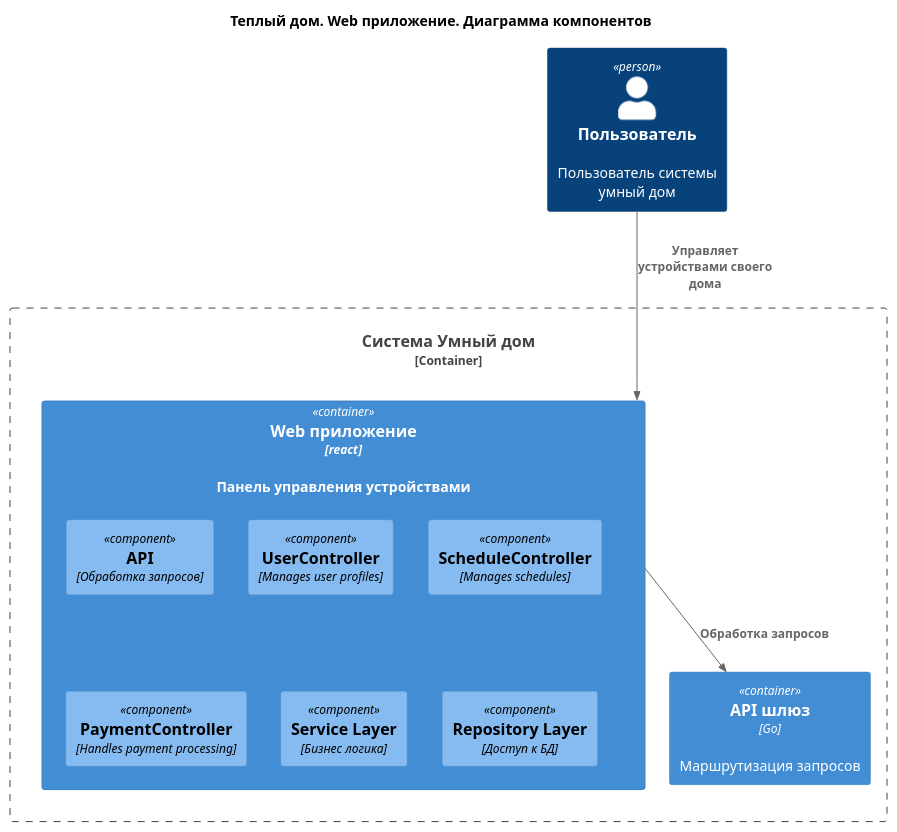
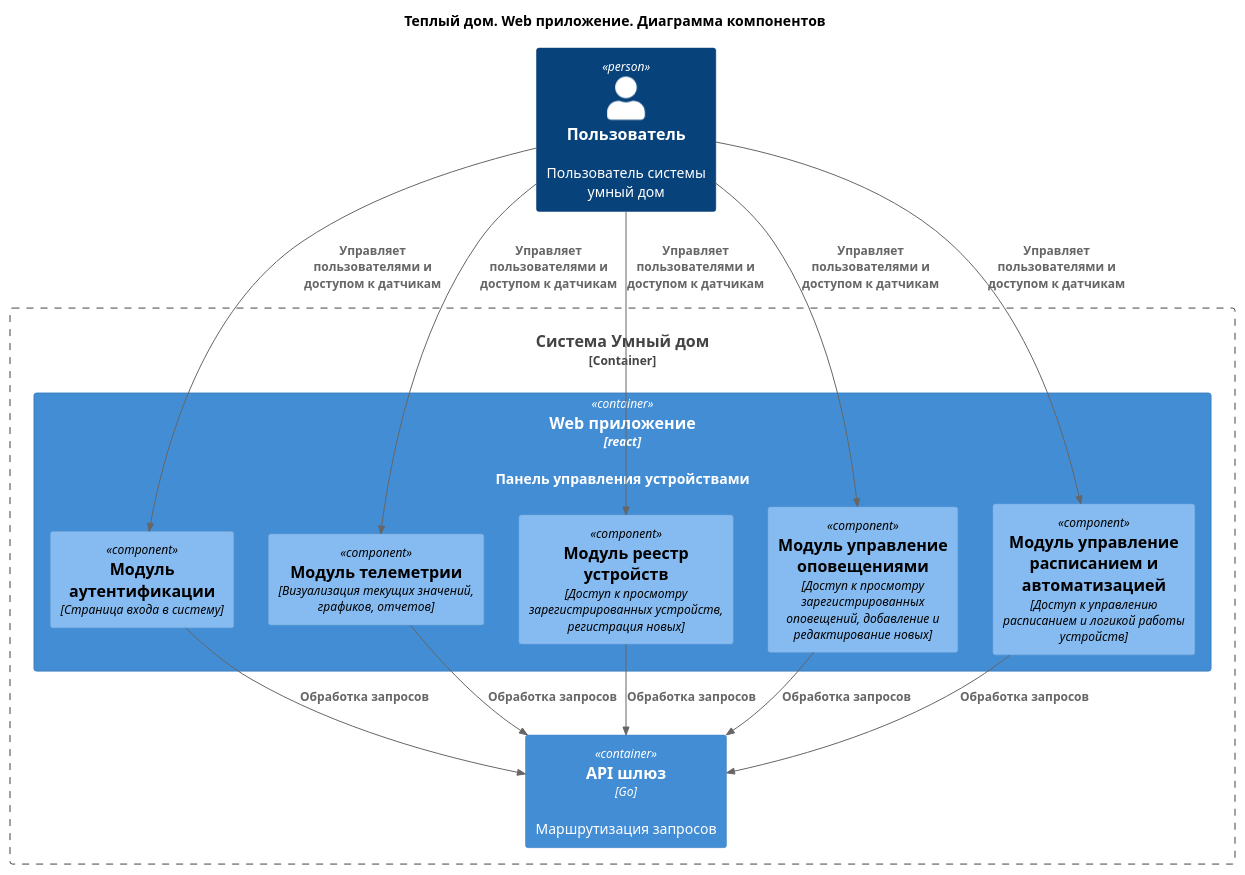
The diagram in diagrams/C4.Component.WebApp.puml (binaril/architecture-warmhouse), drawn with PlantUML before and after one commit. The commit also changed 7 other files, not shown here.

```diff
--- a/diagrams/C4.Component.WebApp.puml
+++ b/diagrams/C4.Component.WebApp.puml
@@ -1,26 +1,33 @@
 @startuml
 title Теплый дом. Web приложение. Диаграмма компонентов
 
 top to bottom direction
 
 !includeurl https://raw.githubusercontent.com/RicardoNiepel/C4-PlantUML/master/C4_Component.puml
 
 Person(user, "Пользователь", "Пользователь системы умный дом")
 
 Container_Boundary(SmartHouse, "Система Умный дом") {
   Container(WebApp, "Web приложение", "react", "Панель управления устройствами")
   Container(GateWay, "API шлюз", "Go", "Маршрутизация запросов")
 }
 
 Container(WebApp, "Web приложение", "Go") {
-  Component(ApiHandler, "API", "Обработка запросов")
-  Component(PollingCircle, "UserController", "Manages user profiles")
-  Component(ScheduleController, "ScheduleController", "Manages schedules")
-  Component(PaymentController, "PaymentController", "Handles payment processing")
-  Component(Aggragator, "Service Layer", "Бизнес логика")
-  Component(RepositoryLayer, "Repository Layer", "Доступ к БД")
+  Component(LoginModule, "Модуль аутентификации", "Страница входа в систему")
+  Component(TelemetryReport, "Модуль телеметрии", "Визуализация текущих значений, графиков, отчетов")
+  Component(DeviceRegistryManage, "Модуль реестр устройств", "Доступ к просмотру зарегистрированных устройств, регистрация новых")
+  Component(NotifyManage, "Модуль управление оповещениями", "Доступ к просмотру зарегистрированных оповещений, добавление и редактирование новых")
+  Component(AutomaticManage, "Модуль управление расписанием и автоматизацией", "Доступ к управлению расписанием и логикой работы устройств")
 }
 
-Rel(user, WebApp, "Управляет устройствами своего дома")
-Rel(WebApp, GateWay, "Обработка запросов")
+Rel(user, LoginModule,"Управляет пользователями и доступом к датчикам")
+Rel(user, TelemetryReport,"Управляет пользователями и доступом к датчикам")
+Rel(user, DeviceRegistryManage,"Управляет пользователями и доступом к датчикам")
+Rel(user, NotifyManage,"Управляет пользователями и доступом к датчикам")
+Rel(user, AutomaticManage,"Управляет пользователями и доступом к датчикам")
+Rel(LoginModule, GateWay, "Обработка запросов")
+Rel(TelemetryReport, GateWay, "Обработка запросов")
+Rel(DeviceRegistryManage, GateWay, "Обработка запросов")
+Rel(NotifyManage, GateWay, "Обработка запросов")
+Rel(AutomaticManage, GateWay, "Обработка запросов")
 @enduml
```
